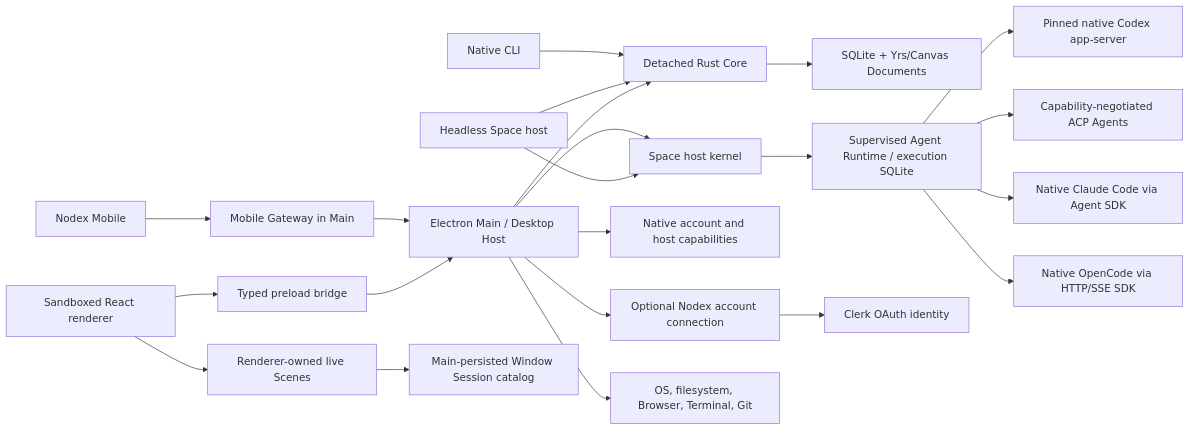
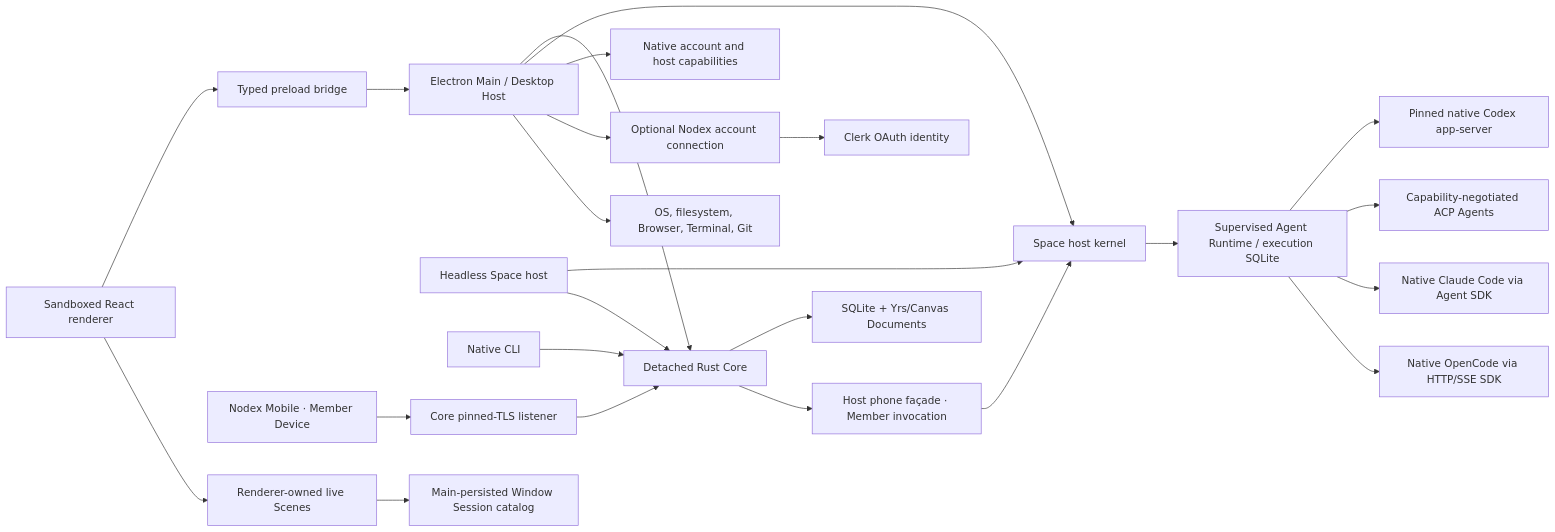
One commit to junyudev/nodex changed the first of 3 diagrams in docs/ARCHITECTURE.md. Above: the diagram before and after it, drawn with Mermaid. The commit also changed other lines of this file and 404 other files, not shown here.

First line of the commit message:
feat(mobile): reach each Space from a phone as one of your Devices

````diff
--- a/docs/ARCHITECTURE.md
+++ b/docs/ARCHITECTURE.md
@@ -16,24 +16,26 @@
 ```mermaid
 flowchart LR
     Renderer["Sandboxed React renderer"] --> Preload["Typed preload bridge"]
     Preload --> Main["Electron Main / Desktop Host"]
     Main --> Core["Detached Rust Core"]
     Serve["Headless Space host"] --> Kernel
     Serve --> Core
     CLI["Native CLI"] --> Core
     Core --> Store["SQLite + Yrs/Canvas Documents"]
     Main --> Kernel["Space host kernel"]
     Kernel --> Agent["Supervised Agent Runtime / execution SQLite"]
     Agent --> Codex["Pinned native Codex app-server"]
     Agent --> ACP["Capability-negotiated ACP Agents"]
     Agent --> Claude["Native Claude Code via Agent SDK"]
     Agent --> OpenCode["Native OpenCode via HTTP/SSE SDK"]
+    Phone["Nodex Mobile · Member Device"] --> TLS["Core pinned-TLS listener"]
+    TLS --> Core
+    Core --> Facade["Host phone façade · Member invocation"]
+    Facade --> Kernel
     Main --> Accounts["Native account and host capabilities"]
-    Phone["Nodex Mobile"] --> Gateway["Mobile Gateway in Main"]
-    Gateway --> Main
     Main --> NodexAccount["Optional Nodex account connection"]
     NodexAccount --> Clerk["Clerk OAuth identity"]
     Main --> Host["OS, filesystem, Browser, Terminal, Git"]
     Renderer --> Scene["Renderer-owned live Scenes"]
     Scene --> Catalog["Main-persisted Window Session catalog"]
 ```
````
